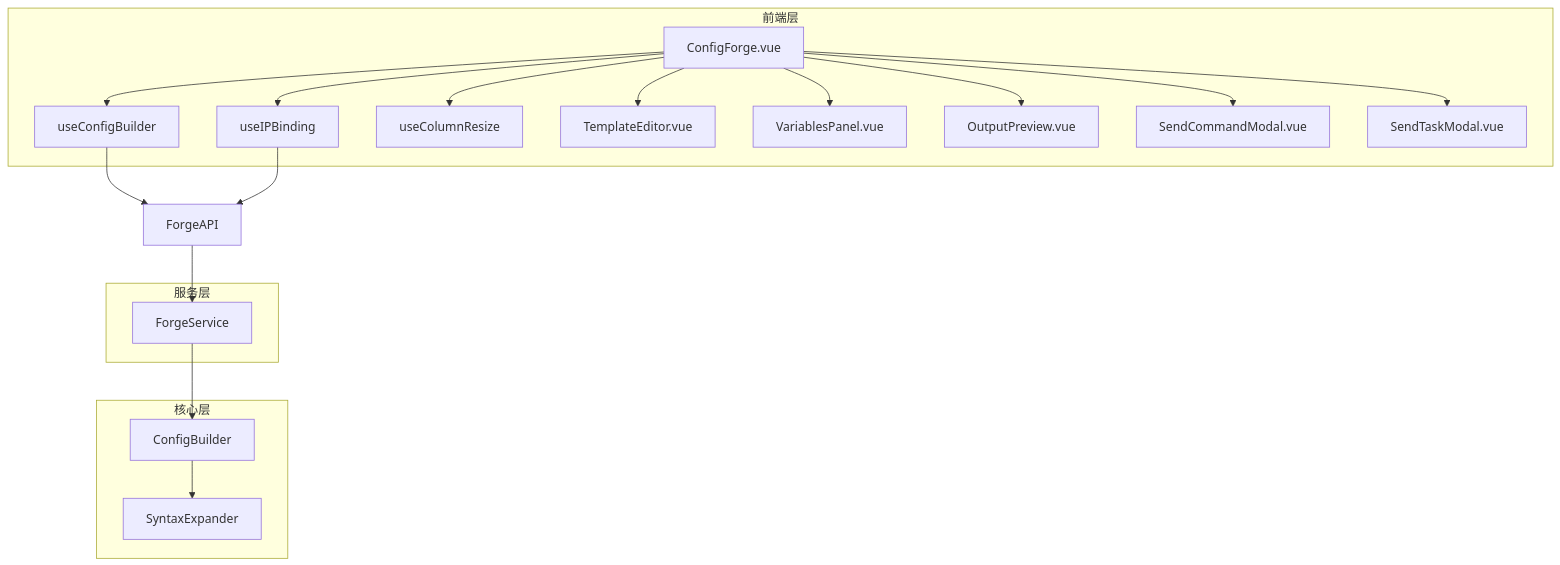
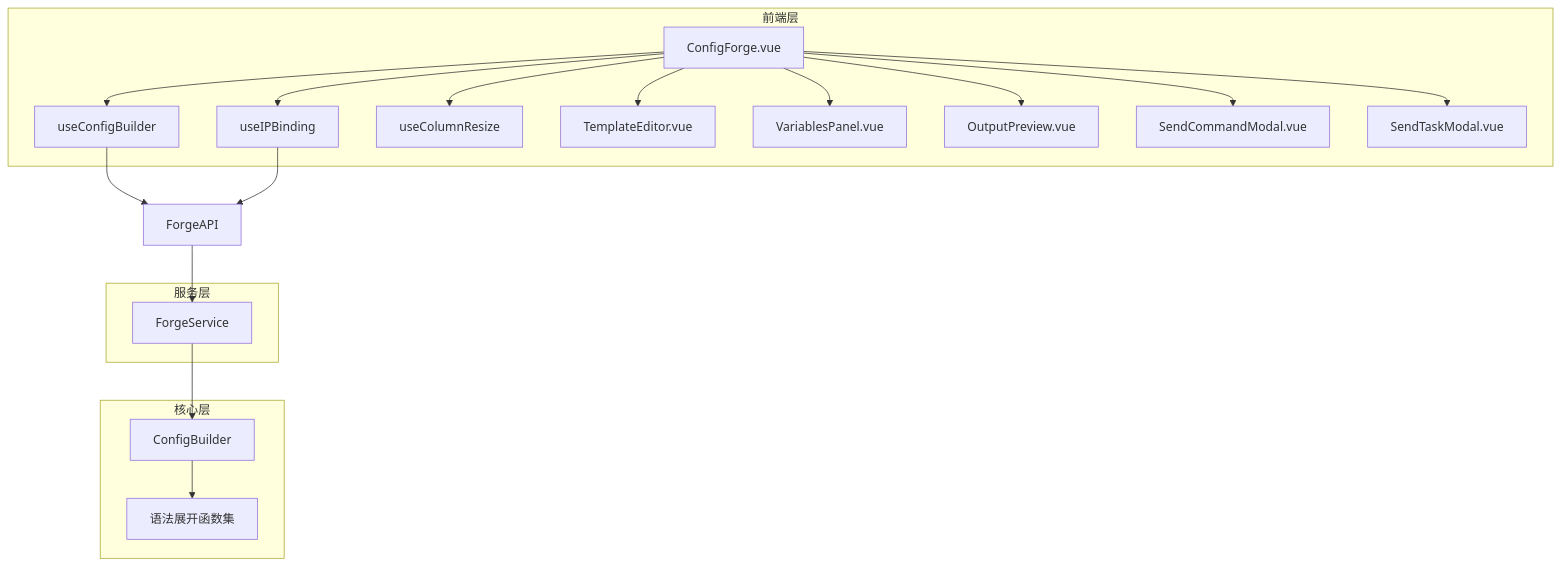
The fourth of 4 diagrams in docs/功能模块说明书/配置构建模块功能和逻辑.md (DeavorWei/NetWeaverGo), drawn with Mermaid before and after one commit. The commit also changed other lines of this file and 14 other files, not shown here.

````diff
--- a/docs/功能模块说明书/配置构建模块功能和逻辑.md
+++ b/docs/功能模块说明书/配置构建模块功能和逻辑.md
@@ -432,39 +432,39 @@
 ```mermaid
 graph TB
     subgraph Frontend["前端层"]
         Vue[ConfigForge.vue]
         BuilderComp[useConfigBuilder]
         IPBindingComp[useIPBinding]
         ResizeComp[useColumnResize]
         TemplateEditor[TemplateEditor.vue]
         VariablesPanel[VariablesPanel.vue]
         OutputPreview[OutputPreview.vue]
         SendCommandModal[SendCommandModal.vue]
         SendTaskModal[SendTaskModal.vue]
     end
     
     subgraph Service["服务层"]
         ForgeService[ForgeService]
     end
     
     subgraph Core["核心层"]
         ConfigBuilder[ConfigBuilder]
-        SyntaxExpander[SyntaxExpander]
+        SyntaxExpander[语法展开函数集]
     end
     
     Vue --> BuilderComp
     Vue --> IPBindingComp
     Vue --> ResizeComp
     Vue --> TemplateEditor
     Vue --> VariablesPanel
     Vue --> OutputPreview
     Vue --> SendCommandModal
     Vue --> SendTaskModal
     
     BuilderComp --> ForgeAPI[ForgeAPI]
     IPBindingComp --> ForgeAPI
     
     ForgeAPI --> ForgeService
     ForgeService --> ConfigBuilder
     ConfigBuilder --> SyntaxExpander
 ```
````
